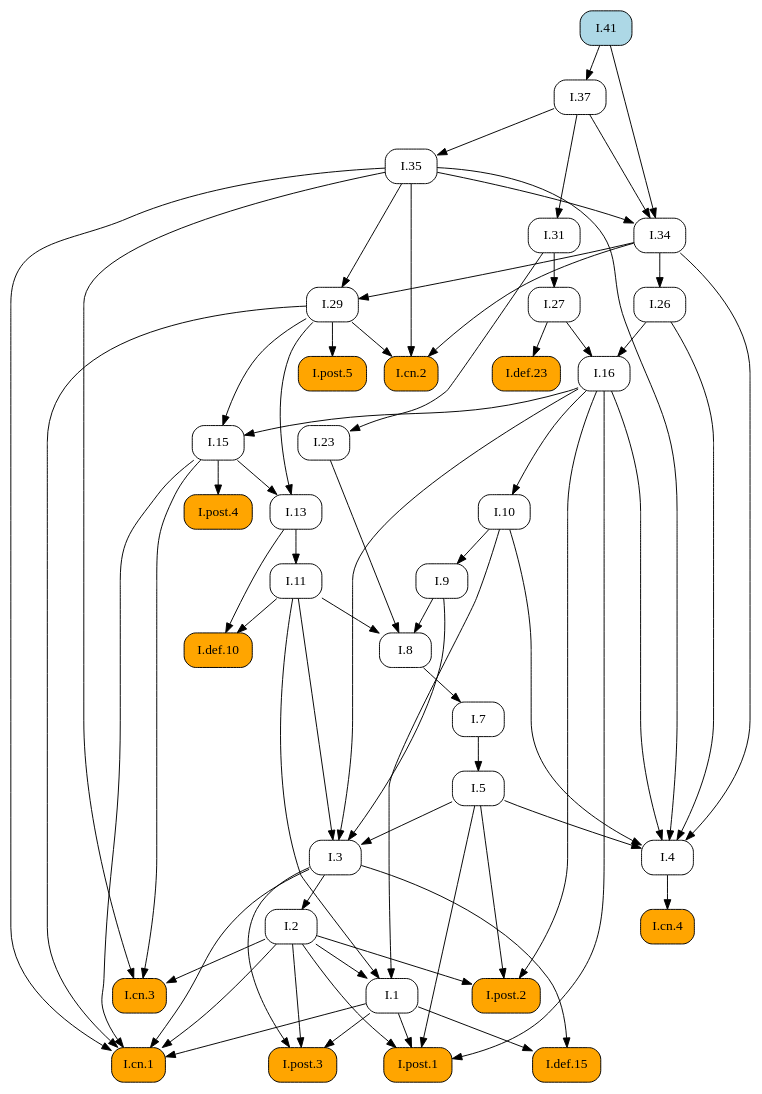
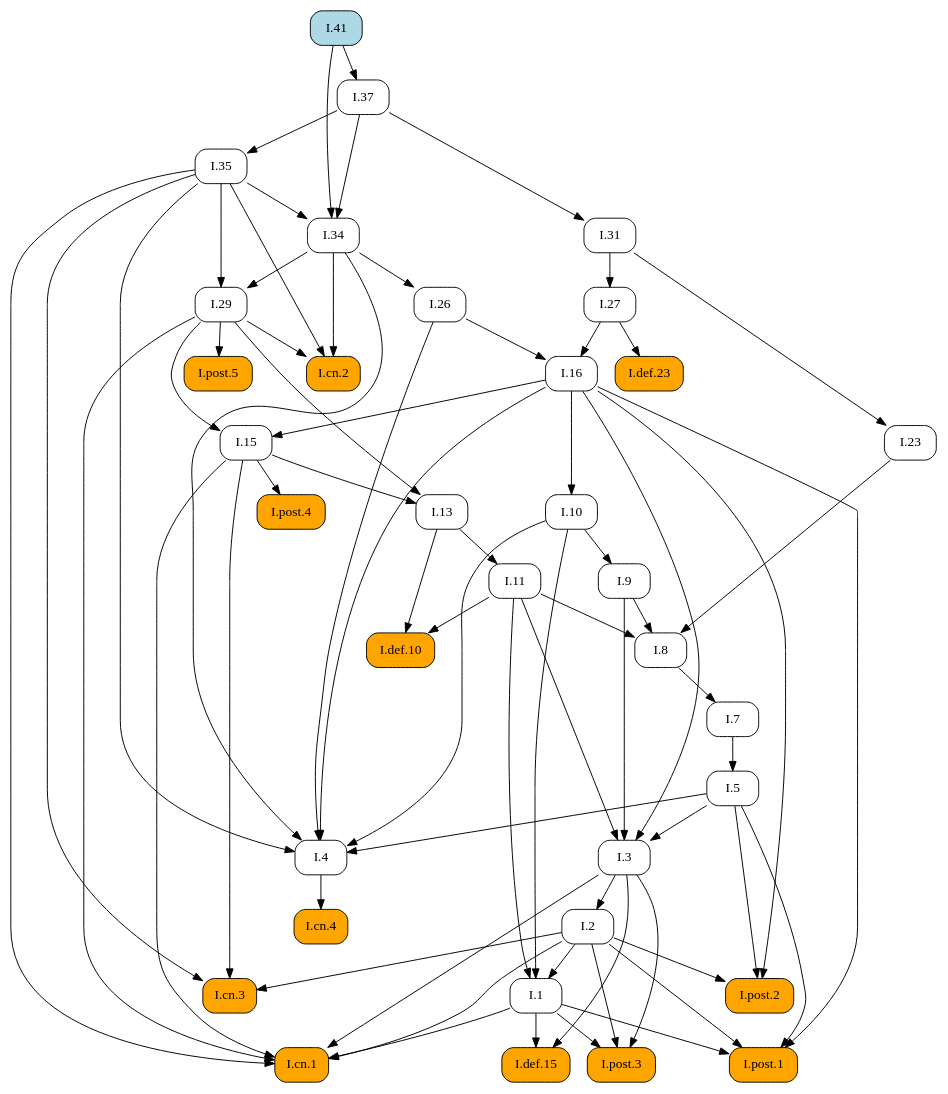
The diagram in docsrc/elements2/I/41/index.rst (geometor/elements), drawn with Graphviz before and after one commit. The commit also changed other lines of this file and 171 other files, not shown here.

```diff
--- a/docsrc/elements2/I/41/index.rst
+++ b/docsrc/elements2/I/41/index.rst
@@ -44,107 +44,107 @@
    digraph {
      rankdir="TB";
      node [shape=box, style=rounded];
+     "I.8" [URL="/elements2/I/8/", target="_top"];
+     "I.post.1" [style="rounded,filled", fillcolor=orange, URL="/elements2/I/post.1/", target="_top"];
+     "I.5" [URL="/elements2/I/5/", target="_top"];
+     "I.post.5" [style="rounded,filled", fillcolor=orange, URL="/elements2/I/post.5/", target="_top"];
+     "I.def.10" [style="rounded,filled", fillcolor=orange, URL="/elements2/I/def.10/", target="_top"];
+     "I.cn.2" [style="rounded,filled", fillcolor=orange, URL="/elements2/I/cn.2/", target="_top"];
+     "I.def.15" [style="rounded,filled", fillcolor=orange, URL="/elements2/I/def.15/", target="_top"];
+     "I.31" [URL="/elements2/I/31/", target="_top"];
+     "I.11" [URL="/elements2/I/11/", target="_top"];
+     "I.3" [URL="/elements2/I/3/", target="_top"];
+     "I.post.2" [style="rounded,filled", fillcolor=orange, URL="/elements2/I/post.2/", target="_top"];
+     "I.def.23" [style="rounded,filled", fillcolor=orange, URL="/elements2/I/def.23/", target="_top"];
+     "I.26" [URL="/elements2/I/26/", target="_top"];
+     "I.cn.3" [style="rounded,filled", fillcolor=orange, URL="/elements2/I/cn.3/", target="_top"];
+     "I.cn.4" [style="rounded,filled", fillcolor=orange, URL="/elements2/I/cn.4/", target="_top"];
+     "I.1" [URL="/elements2/I/1/", target="_top"];
+     "I.7" [URL="/elements2/I/7/", target="_top"];
+     "I.9" [URL="/elements2/I/9/", target="_top"];
+     "I.cn.1" [style="rounded,filled", fillcolor=orange, URL="/elements2/I/cn.1/", target="_top"];
+     "I.29" [URL="/elements2/I/29/", target="_top"];
+     "I.16" [URL="/elements2/I/16/", target="_top"];
+     "I.post.4" [style="rounded,filled", fillcolor=orange, URL="/elements2/I/post.4/", target="_top"];
+     "I.13" [URL="/elements2/I/13/", target="_top"];
+     "I.35" [URL="/elements2/I/35/", target="_top"];
+     "I.41" [style="rounded,filled", fillcolor=lightblue, URL="/elements2/I/41/", target="_top"];
+     "I.2" [URL="/elements2/I/2/", target="_top"];
      "I.37" [URL="/elements2/I/37/", target="_top"];
-     "I.def.10" [style="rounded,filled", fillcolor=orange, URL="/elements2/I/def.10/", target="_top"];
+     "I.27" [URL="/elements2/I/27/", target="_top"];
+     "I.4" [URL="/elements2/I/4/", target="_top"];
+     "I.10" [URL="/elements2/I/10/", target="_top"];
+     "I.15" [URL="/elements2/I/15/", target="_top"];
      "I.34" [URL="/elements2/I/34/", target="_top"];
-     "I.cn.4" [style="rounded,filled", fillcolor=orange, URL="/elements2/I/cn.4/", target="_top"];
-     "I.def.15" [style="rounded,filled", fillcolor=orange, URL="/elements2/I/def.15/", target="_top"];
+     "I.23" [URL="/elements2/I/23/", target="_top"];
      "I.post.3" [style="rounded,filled", fillcolor=orange, URL="/elements2/I/post.3/", target="_top"];
-     "I.41" [style="rounded,filled", fillcolor=lightblue, URL="/elements2/I/41/", target="_top"];
-     "I.27" [URL="/elements2/I/27/", target="_top"];
-     "I.post.2" [style="rounded,filled", fillcolor=orange, URL="/elements2/I/post.2/", target="_top"];
-     "I.13" [URL="/elements2/I/13/", target="_top"];
-     "I.10" [URL="/elements2/I/10/", target="_top"];
-     "I.post.1" [style="rounded,filled", fillcolor=orange, URL="/elements2/I/post.1/", target="_top"];
-     "I.7" [URL="/elements2/I/7/", target="_top"];
-     "I.11" [URL="/elements2/I/11/", target="_top"];
-     "I.4" [URL="/elements2/I/4/", target="_top"];
-     "I.16" [URL="/elements2/I/16/", target="_top"];
-     "I.def.23" [style="rounded,filled", fillcolor=orange, URL="/elements2/I/def.23/", target="_top"];
-     "I.9" [URL="/elements2/I/9/", target="_top"];
-     "I.8" [URL="/elements2/I/8/", target="_top"];
-     "I.cn.2" [style="rounded,filled", fillcolor=orange, URL="/elements2/I/cn.2/", target="_top"];
-     "I.15" [URL="/elements2/I/15/", target="_top"];
-     "I.26" [URL="/elements2/I/26/", target="_top"];
-     "I.post.5" [style="rounded,filled", fillcolor=orange, URL="/elements2/I/post.5/", target="_top"];
-     "I.23" [URL="/elements2/I/23/", target="_top"];
-     "I.2" [URL="/elements2/I/2/", target="_top"];
-     "I.1" [URL="/elements2/I/1/", target="_top"];
-     "I.35" [URL="/elements2/I/35/", target="_top"];
-     "I.31" [URL="/elements2/I/31/", target="_top"];
-     "I.post.4" [style="rounded,filled", fillcolor=orange, URL="/elements2/I/post.4/", target="_top"];
-     "I.cn.1" [style="rounded,filled", fillcolor=orange, URL="/elements2/I/cn.1/", target="_top"];
-     "I.3" [URL="/elements2/I/3/", target="_top"];
-     "I.cn.3" [style="rounded,filled", fillcolor=orange, URL="/elements2/I/cn.3/", target="_top"];
-     "I.29" [URL="/elements2/I/29/", target="_top"];
-     "I.5" [URL="/elements2/I/5/", target="_top"];
-     "I.41" -> "I.37";
-     "I.11" -> "I.def.10";
-     "I.13" -> "I.def.10";
-     "I.35" -> "I.34";
-     "I.37" -> "I.34";
-     "I.41" -> "I.34";
-     "I.4" -> "I.cn.4";
-     "I.1" -> "I.def.15";
-     "I.3" -> "I.def.15";
-     "I.1" -> "I.post.3";
-     "I.2" -> "I.post.3";
-     "I.3" -> "I.post.3";
-     "I.31" -> "I.27";
-     "I.2" -> "I.post.2";
-     "I.5" -> "I.post.2";
-     "I.16" -> "I.post.2";
-     "I.15" -> "I.13";
-     "I.29" -> "I.13";
-     "I.16" -> "I.10";
+     "I.9" -> "I.8";
+     "I.11" -> "I.8";
+     "I.23" -> "I.8";
      "I.1" -> "I.post.1";
      "I.2" -> "I.post.1";
      "I.5" -> "I.post.1";
      "I.16" -> "I.post.1";
+     "I.7" -> "I.5";
+     "I.29" -> "I.post.5";
+     "I.11" -> "I.def.10";
+     "I.13" -> "I.def.10";
+     "I.29" -> "I.cn.2";
+     "I.34" -> "I.cn.2";
+     "I.35" -> "I.cn.2";
+     "I.1" -> "I.def.15";
+     "I.3" -> "I.def.15";
+     "I.37" -> "I.31";
+     "I.13" -> "I.11";
+     "I.5" -> "I.3";
+     "I.9" -> "I.3";
+     "I.11" -> "I.3";
+     "I.16" -> "I.3";
+     "I.2" -> "I.post.2";
+     "I.5" -> "I.post.2";
+     "I.16" -> "I.post.2";
+     "I.27" -> "I.def.23";
+     "I.34" -> "I.26";
+     "I.2" -> "I.cn.3";
+     "I.15" -> "I.cn.3";
+     "I.35" -> "I.cn.3";
+     "I.4" -> "I.cn.4";
+     "I.2" -> "I.1";
+     "I.10" -> "I.1";
+     "I.11" -> "I.1";
      "I.8" -> "I.7";
-     "I.13" -> "I.11";
+     "I.10" -> "I.9";
+     "I.1" -> "I.cn.1";
+     "I.2" -> "I.cn.1";
+     "I.3" -> "I.cn.1";
+     "I.15" -> "I.cn.1";
+     "I.29" -> "I.cn.1";
+     "I.35" -> "I.cn.1";
+     "I.34" -> "I.29";
+     "I.35" -> "I.29";
+     "I.26" -> "I.16";
+     "I.27" -> "I.16";
+     "I.15" -> "I.post.4";
+     "I.15" -> "I.13";
+     "I.29" -> "I.13";
+     "I.37" -> "I.35";
+     "I.3" -> "I.2";
+     "I.41" -> "I.37";
+     "I.31" -> "I.27";
      "I.5" -> "I.4";
      "I.10" -> "I.4";
      "I.16" -> "I.4";
      "I.26" -> "I.4";
      "I.34" -> "I.4";
      "I.35" -> "I.4";
-     "I.26" -> "I.16";
-     "I.27" -> "I.16";
-     "I.27" -> "I.def.23";
-     "I.10" -> "I.9";
-     "I.9" -> "I.8";
-     "I.11" -> "I.8";
-     "I.23" -> "I.8";
-     "I.29" -> "I.cn.2";
-     "I.34" -> "I.cn.2";
-     "I.35" -> "I.cn.2";
+     "I.16" -> "I.10";
      "I.16" -> "I.15";
      "I.29" -> "I.15";
-     "I.34" -> "I.26";
-     "I.29" -> "I.post.5";
+     "I.35" -> "I.34";
+     "I.37" -> "I.34";
+     "I.41" -> "I.34";
      "I.31" -> "I.23";
-     "I.3" -> "I.2";
-     "I.2" -> "I.1";
-     "I.10" -> "I.1";
-     "I.11" -> "I.1";
-     "I.37" -> "I.35";
-     "I.37" -> "I.31";
-     "I.15" -> "I.post.4";
-     "I.1" -> "I.cn.1";
-     "I.2" -> "I.cn.1";
-     "I.3" -> "I.cn.1";
-     "I.15" -> "I.cn.1";
-     "I.29" -> "I.cn.1";
-     "I.35" -> "I.cn.1";
-     "I.5" -> "I.3";
-     "I.9" -> "I.3";
-     "I.11" -> "I.3";
-     "I.16" -> "I.3";
-     "I.2" -> "I.cn.3";
-     "I.15" -> "I.cn.3";
-     "I.35" -> "I.cn.3";
-     "I.34" -> "I.29";
-     "I.35" -> "I.29";
-     "I.7" -> "I.5";
+     "I.1" -> "I.post.3";
+     "I.2" -> "I.post.3";
+     "I.3" -> "I.post.3";
    }
```
